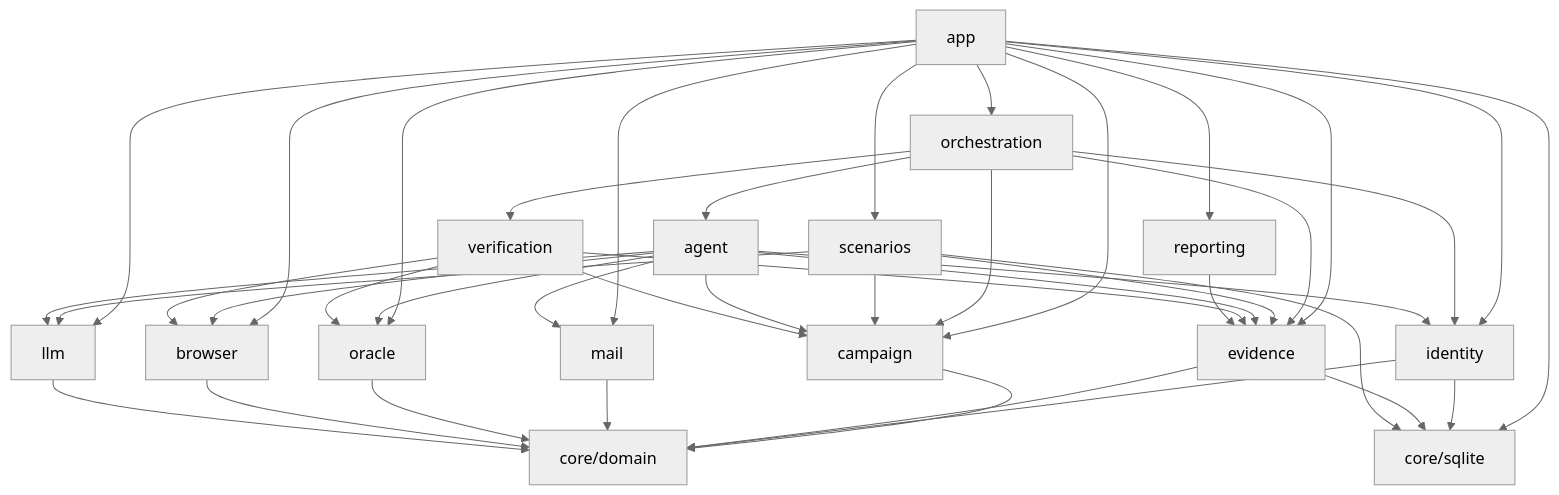
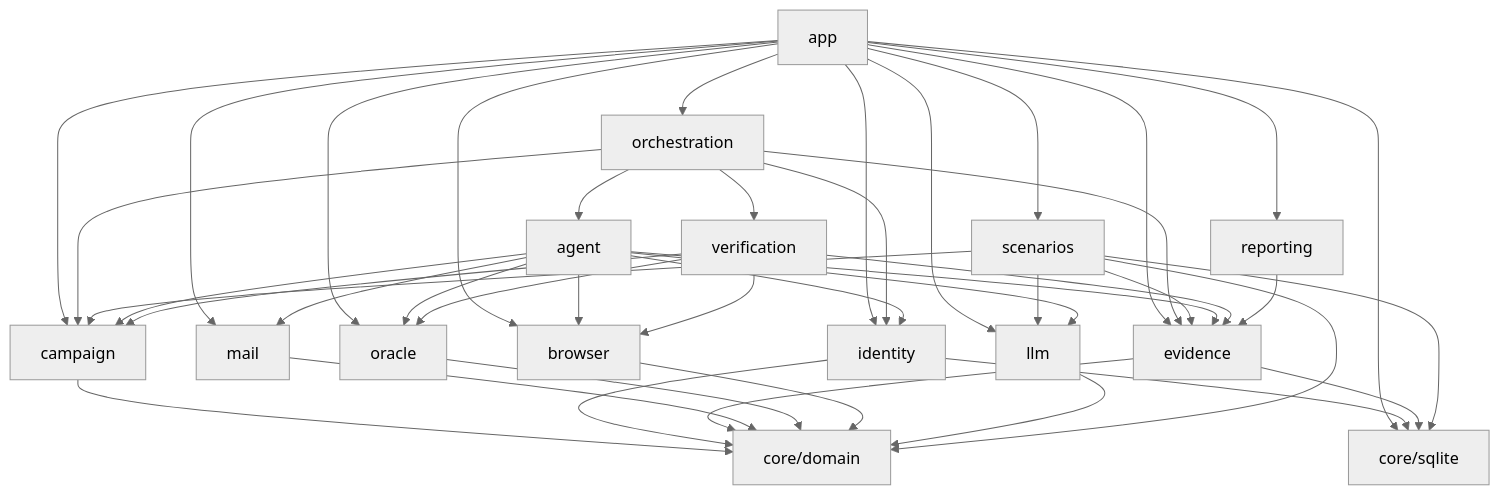
One commit to aslan564/Petek changed the first of 2 diagrams in docs/ARCHITECTURE.md. Above: the diagram before and after it, drawn with Mermaid (neutral theme). The commit also changed 3 other files, not shown here.

````diff
--- a/docs/ARCHITECTURE.md
+++ b/docs/ARCHITECTURE.md
@@ -32,11 +32,11 @@
 ```mermaid
 flowchart TD
   app --> orchestration & reporting & scenarios & llm & mail & oracle & browser & identity & evidence & campaign & sqlite[core/sqlite]
   orchestration --> agent & verification & identity & evidence & campaign
   scenarios --> campaign & evidence & llm
   agent --> browser & llm & mail & oracle & evidence & identity & campaign
   verification --> browser & oracle & evidence & campaign
   reporting --> evidence
   identity & evidence & scenarios --> sqlite
-  campaign & identity & evidence & mail & oracle & browser & llm --> core[core/domain]
+  campaign & identity & evidence & mail & oracle & browser & llm & scenarios --> core[core/domain]
 ```
````
